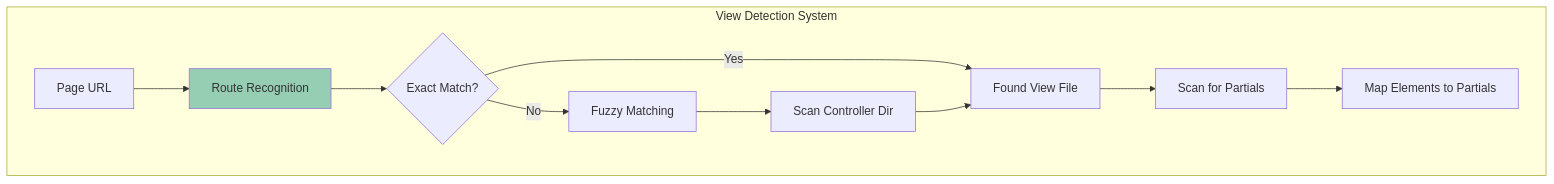
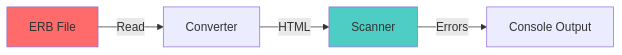
Before and after one commit to rayraycodes/rails-accessibility-testing: the third of 4 diagrams in docs_site/architecture.md, drawn with Mermaid. The commit also changed other lines of this file, not shown here.

First line of the commit message:
Docs: Simplify architecture documentation

````diff
--- a/docs_site/architecture.md
+++ b/docs_site/architecture.md
@@ -393,15 +70,9 @@
 ```mermaid
-graph TB
-    subgraph "View Detection System"
-        A[Page URL] --> B[Route Recognition]
-        B --> C{Exact Match?}
-        C -->|Yes| D[Found View File]
-        C -->|No| E[Fuzzy Matching]
-        E --> F[Scan Controller Dir]
-        F --> D
-        D --> G[Scan for Partials]
-        G --> H[Map Elements to Partials]
-    end
+graph LR
+    A[ERB File] -->|Read| B[Converter]
+    B -->|HTML| C[Scanner]
+    C -->|Errors| D[Console Output]
     
-    style B fill:#96ceb4
+    style A fill:#ff6b6b
+    style C fill:#4ecdc4
 ```
````
